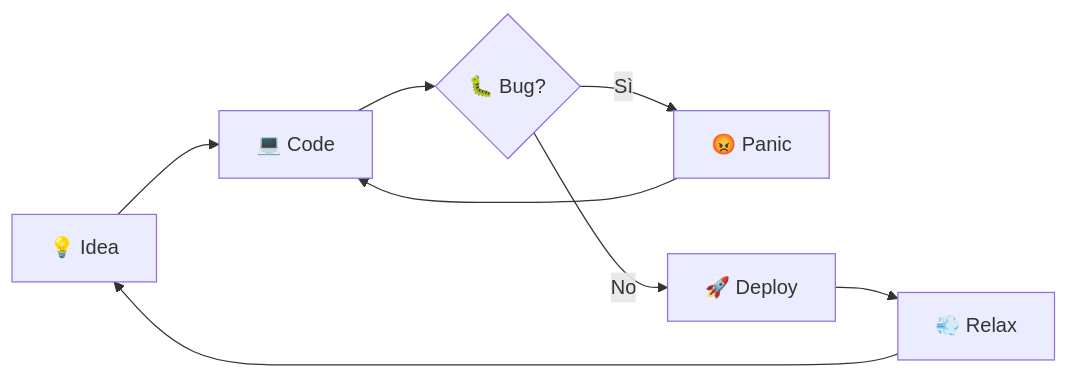
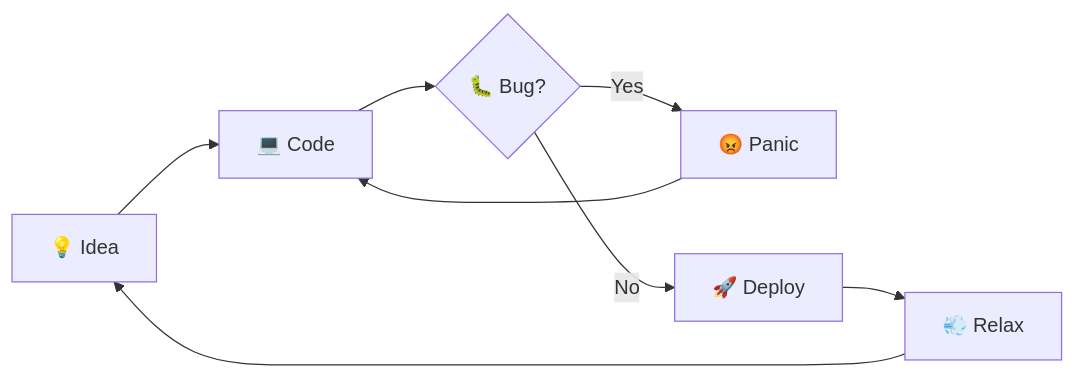
One commit to L9Lenny/L9Lenny changed the diagram in README.md. Above: the diagram before and after it, drawn with Mermaid. The commit also changed other lines of this file, not shown here.

Commit message:
remove system status, fix devlife pipeline yes, add separator

````diff
--- a/README.md
+++ b/README.md
@@ -62,10 +64,10 @@
 ```mermaid
 flowchart LR
     A[💡 Idea] --> B[💻 Code]
     B --> C{🐛 Bug?}
-    C -->|Sì| D[😡 Panic]
+    C -->|Yes| D[😡 Panic]
     D --> B
     C -->|No| E[🚀 Deploy]
     E --> F[💨 Relax]
     F --> A
 ```
````
